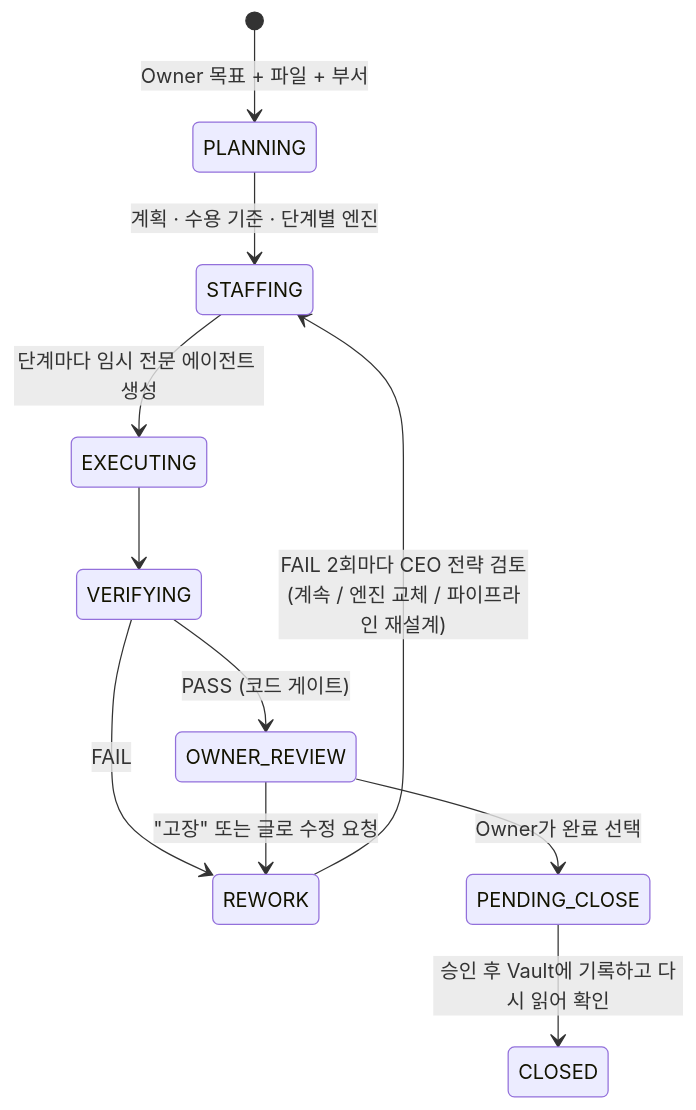
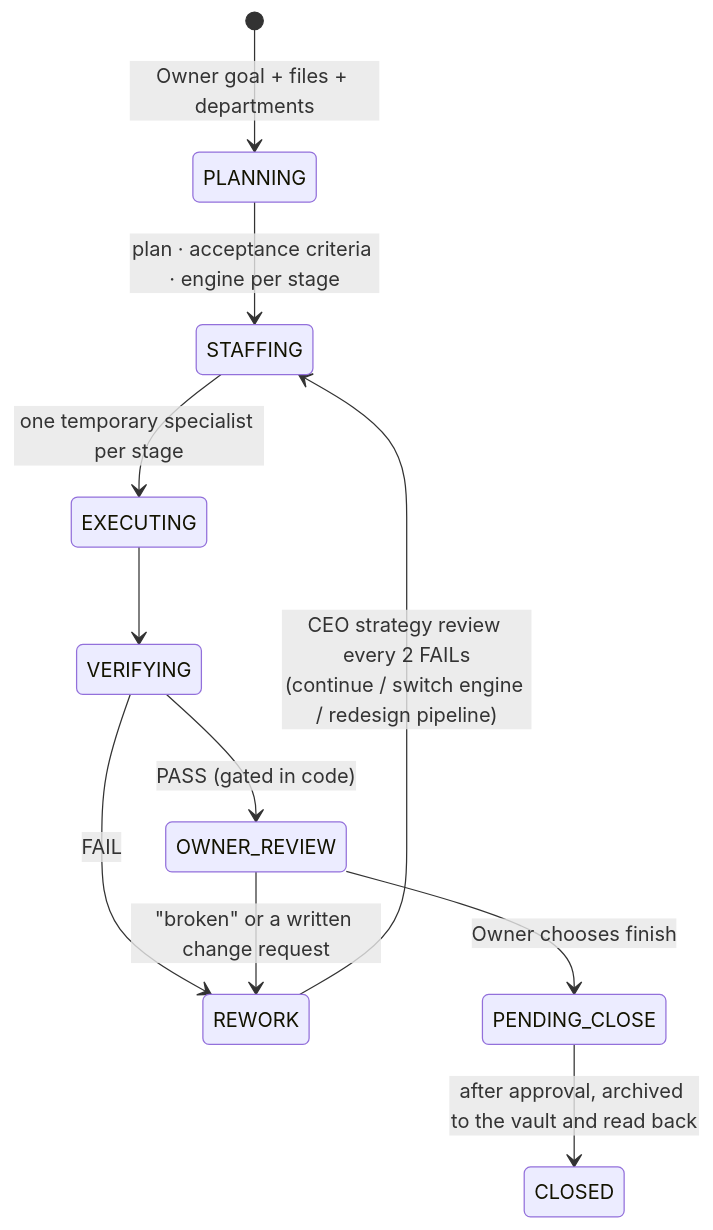
The second of 5 diagrams in README.md (rhkralsrb0820/ax-branch), drawn with Mermaid before and after one commit. The commit also changed other lines of this file, not shown here.

````diff
--- a/README.md
+++ b/README.md
@@ -47,13 +47,13 @@
 ```mermaid
 stateDiagram-v2
-    [*] --> PLANNING: Owner 목표 + 파일 + 부서
-    PLANNING --> STAFFING: 계획 · 수용 기준 · 단계별 엔진
-    STAFFING --> EXECUTING: 단계마다 임시 전문 에이전트 생성
+    [*] --> PLANNING: Owner goal + files + departments
+    PLANNING --> STAFFING: plan · acceptance criteria · engine per stage
+    STAFFING --> EXECUTING: one temporary specialist per stage
     EXECUTING --> VERIFYING
     VERIFYING --> REWORK: FAIL
-    REWORK --> STAFFING: FAIL 2회마다 CEO 전략 검토<br/>(계속 / 엔진 교체 / 파이프라인 재설계)
-    VERIFYING --> OWNER_REVIEW: PASS (코드 게이트)
-    OWNER_REVIEW --> REWORK: "고장" 또는 글로 수정 요청
-    OWNER_REVIEW --> PENDING_CLOSE: Owner가 완료 선택
-    PENDING_CLOSE --> CLOSED: 승인 후 Vault에 기록하고 다시 읽어 확인
+    REWORK --> STAFFING: CEO strategy review every 2 FAILs<br/>(continue / switch engine / redesign pipeline)
+    VERIFYING --> OWNER_REVIEW: PASS (gated in code)
+    OWNER_REVIEW --> REWORK: "broken" or a written change request
+    OWNER_REVIEW --> PENDING_CLOSE: Owner chooses finish
+    PENDING_CLOSE --> CLOSED: after approval, archived to the vault and read back
 ```
````
